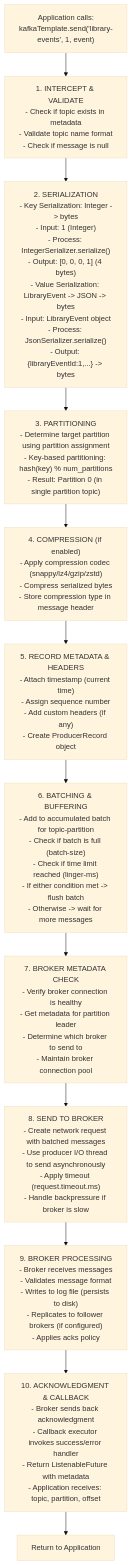
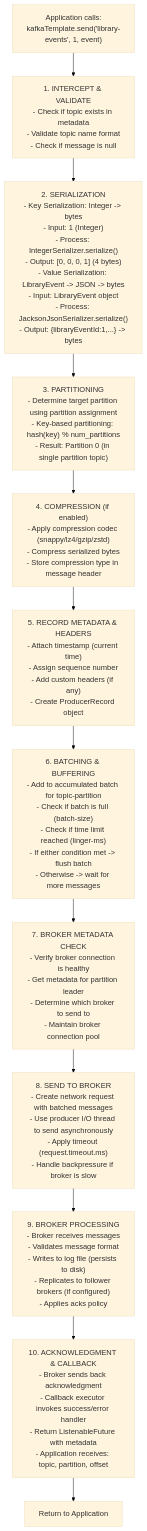
One commit to dilipsundarraj1/kafka-for-developers-using-spring-boot-v2 changed the fourth of 17 diagrams in library-events-producer-v2/docs/4_KAFKA_TEMPLATE_GUIDE.md. Above: the diagram before and after it, drawn with Mermaid (base theme). The commit also changed other lines of this file and 17 other files, not shown here.

````diff
--- a/library-events-producer-v2/docs/4_KAFKA_TEMPLATE_GUIDE.md
+++ b/library-events-producer-v2/docs/4_KAFKA_TEMPLATE_GUIDE.md
@@ -643,17 +643,17 @@
 ```mermaid
 flowchart TB
     A["Application calls:<br/>kafkaTemplate.send('library-events', 1, event)"]
     S1["1. INTERCEPT & VALIDATE<br/>- Check if topic exists in metadata<br/>- Validate topic name format<br/>- Check if message is null"]
-    S2["2. SERIALIZATION<br/>- Key Serialization: Integer -> bytes<br/>- Input: 1 (Integer)<br/>- Process: IntegerSerializer.serialize()<br/>- Output: [0, 0, 0, 1] (4 bytes)<br/>- Value Serialization: LibraryEvent -> JSON -> bytes<br/>- Input: LibraryEvent object<br/>- Process: JsonSerializer.serialize()<br/>- Output: {libraryEventId:1,...} -> bytes"]
+    S2["2. SERIALIZATION<br/>- Key Serialization: Integer -> bytes<br/>- Input: 1 (Integer)<br/>- Process: IntegerSerializer.serialize()<br/>- Output: [0, 0, 0, 1] (4 bytes)<br/>- Value Serialization: LibraryEvent -> JSON -> bytes<br/>- Input: LibraryEvent object<br/>- Process: JacksonJsonSerializer.serialize()<br/>- Output: {libraryEventId:1,...} -> bytes"]
     S3["3. PARTITIONING<br/>- Determine target partition using partition assignment<br/>- Key-based partitioning: hash(key) % num_partitions<br/>- Result: Partition 0 (in single partition topic)"]
     S4["4. COMPRESSION (if enabled)<br/>- Apply compression codec (snappy/lz4/gzip/zstd)<br/>- Compress serialized bytes<br/>- Store compression type in message header"]
     S5["5. RECORD METADATA & HEADERS<br/>- Attach timestamp (current time)<br/>- Assign sequence number<br/>- Add custom headers (if any)<br/>- Create ProducerRecord object"]
     S6["6. BATCHING & BUFFERING<br/>- Add to accumulated batch for topic-partition<br/>- Check if batch is full (batch-size)<br/>- Check if time limit reached (linger-ms)<br/>- If either condition met -> flush batch<br/>- Otherwise -> wait for more messages"]
     S7["7. BROKER METADATA CHECK<br/>- Verify broker connection is healthy<br/>- Get metadata for partition leader<br/>- Determine which broker to send to<br/>- Maintain broker connection pool"]
     S8["8. SEND TO BROKER<br/>- Create network request with batched messages<br/>- Use producer I/O thread to send asynchronously<br/>- Apply timeout (request.timeout.ms)<br/>- Handle backpressure if broker is slow"]
     S9["9. BROKER PROCESSING<br/>- Broker receives messages<br/>- Validates message format<br/>- Writes to log file (persists to disk)<br/>- Replicates to follower brokers (if configured)<br/>- Applies acks policy"]
     S10["10. ACKNOWLEDGMENT & CALLBACK<br/>- Broker sends back acknowledgment<br/>- Callback executor invokes success/error handler<br/>- Return ListenableFuture with metadata<br/>- Application receives: topic, partition, offset"]
     R["Return to Application"]
 
     A --> S1 --> S2 --> S3 --> S4 --> S5 --> S6 --> S7 --> S8 --> S9 --> S10 --> R
 ```
````
